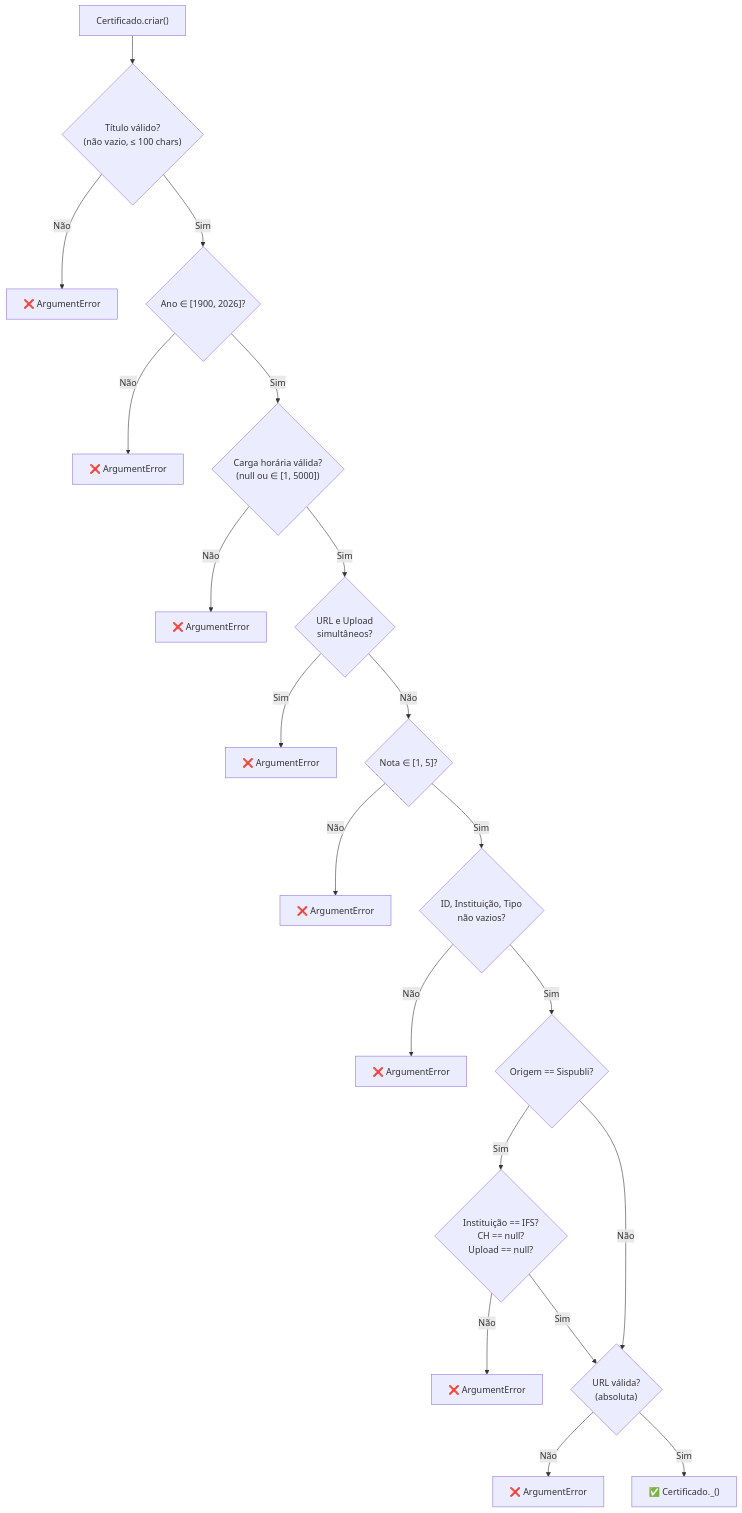
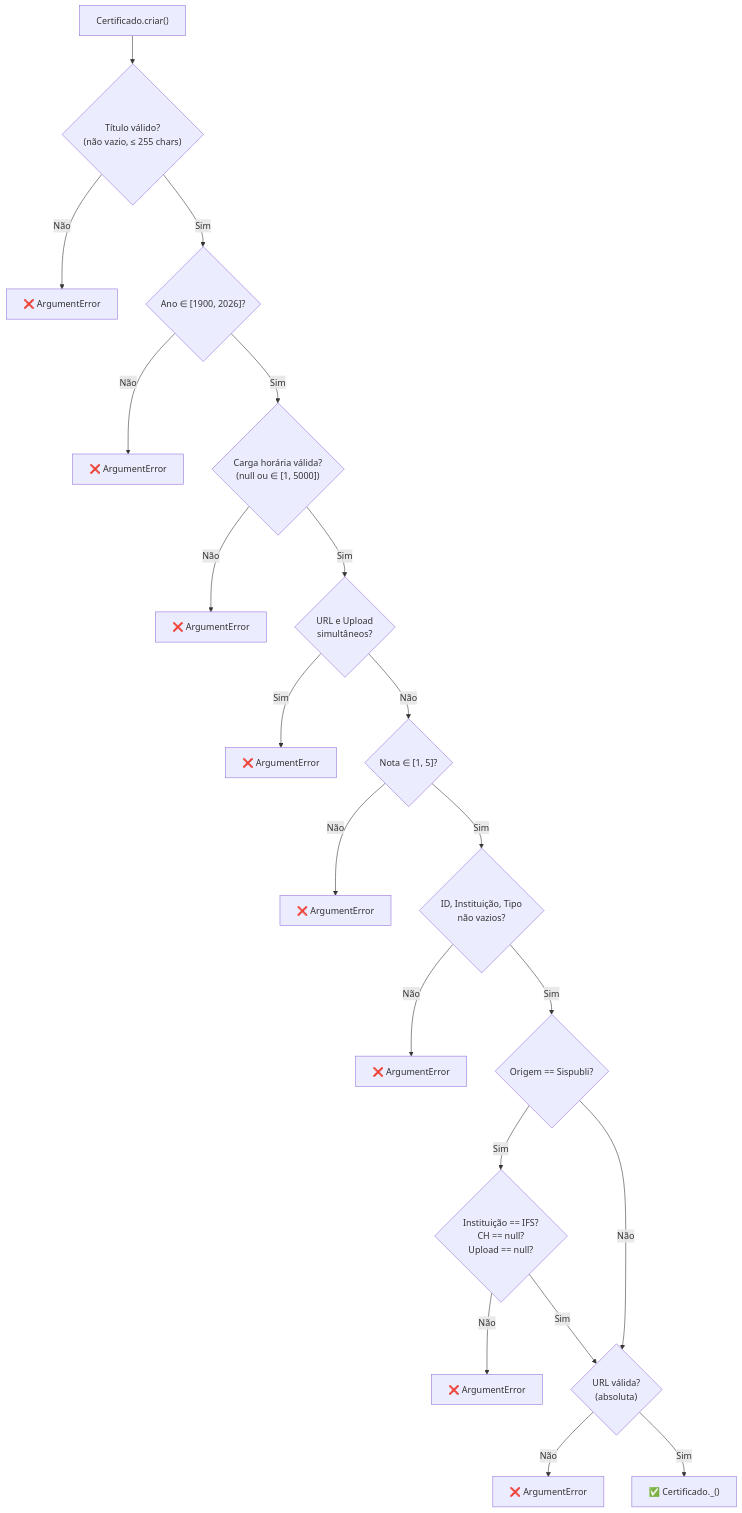
One commit to JGustavoCN/ifdex changed the diagram in docs/certificado_spec.md. Above: the diagram before and after it, drawn with Mermaid. The commit also changed other lines of this file and 1 other file, not shown here.

````diff
--- a/docs/certificado_spec.md
+++ b/docs/certificado_spec.md
@@ -191,22 +191,22 @@
 ```mermaid
 flowchart TD
-    A["Certificado.criar()"] --> B{"Título válido?<br/>(não vazio, ≤ 100 chars)"}
+    A["Certificado.criar()"] --> B{"Título válido?<br/>(não vazio, ≤ 255 chars)"}
     B -- Não --> X1["❌ ArgumentError"]
     B -- Sim --> C{"Ano ∈ [1900, 2026]?"}
     C -- Não --> X2["❌ ArgumentError"]
     C -- Sim --> D{"Carga horária válida?<br/>(null ou ∈ [1, 5000])"}
     D -- Não --> X3["❌ ArgumentError"]
     D -- Sim --> E{"URL e Upload<br/>simultâneos?"}
     E -- Sim --> X4["❌ ArgumentError"]
     E -- Não --> F{"Nota ∈ [1, 5]?"}
     F -- Não --> X5["❌ ArgumentError"]
     F -- Sim --> G{"ID, Instituição, Tipo<br/>não vazios?"}
     G -- Não --> X6["❌ ArgumentError"]
     G -- Sim --> H{"Origem == Sispubli?"}
     H -- Sim --> I{"Instituição == IFS?<br/>CH == null?<br/>Upload == null?"}
     I -- Não --> X7["❌ ArgumentError"]
     I -- Sim --> J{"URL válida?<br/>(absoluta)"}
     H -- Não --> J
     J -- Não --> X8["❌ ArgumentError"]
     J -- Sim --> K["✅ Certificado._()"]
 ```
````
